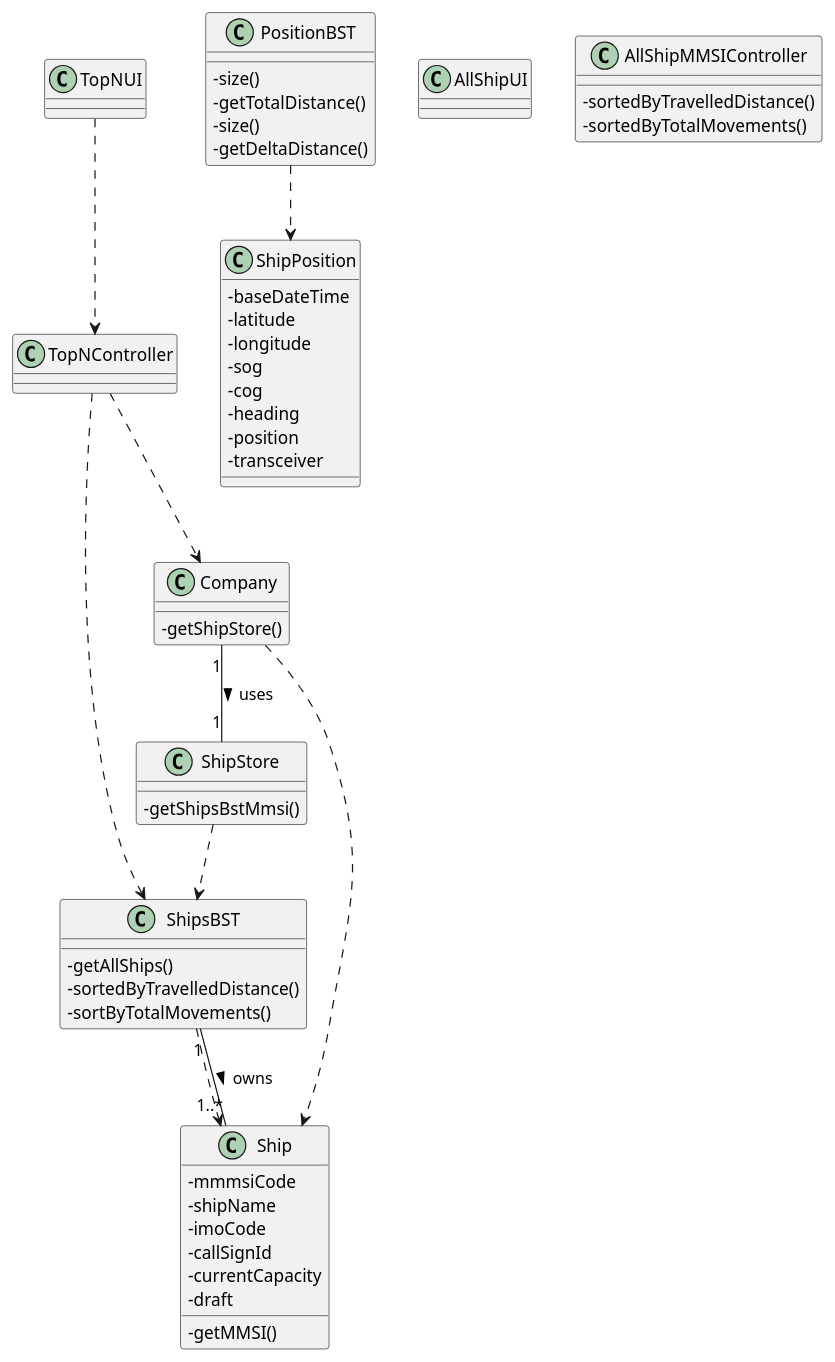
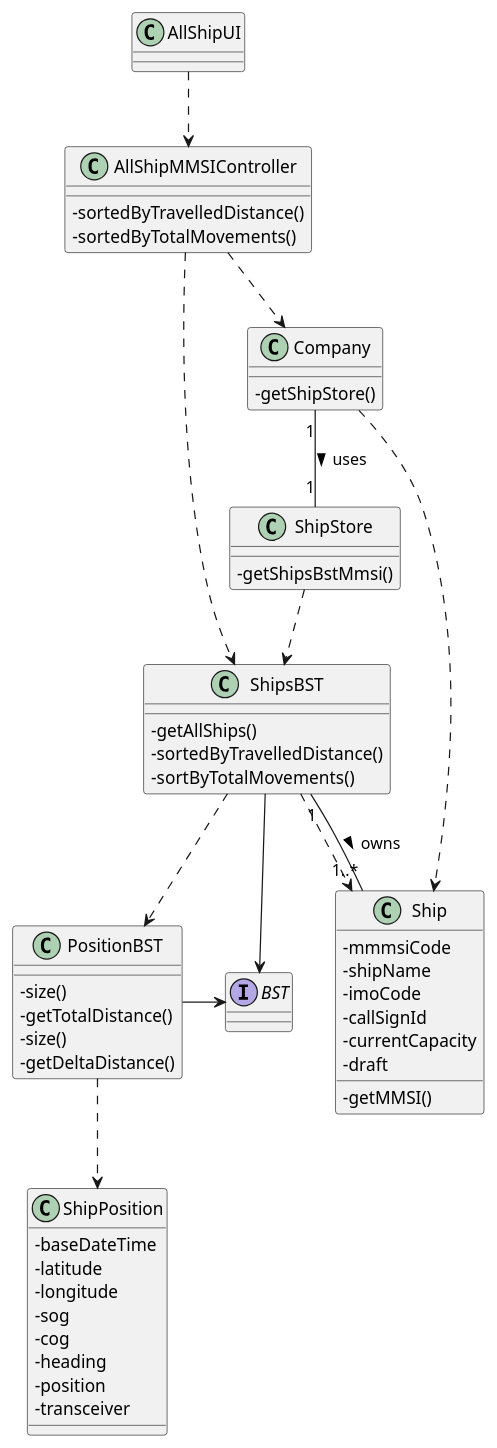
The diagram in docs/US105/US105_CD.puml (ana-albergaria/LAPR3-ISEP), drawn with PlantUML before and after one commit. The commit also changed 5 other files, not shown here.

```diff
--- a/docs/US105/US105_CD.puml
+++ b/docs/US105/US105_CD.puml
@@ -1,68 +1,73 @@
 @startuml
 
 skinparam classAttributeIconSize 0
 
 
 class Ship {
     -mmmsiCode
     -shipName
     -imoCode
     -callSignId
     -currentCapacity /'added by us'/
     -draft
 
     -getMMSI()
 }
 
 class ShipPosition {
     -baseDateTime
     -latitude
     -longitude
     -sog
     -cog
     -heading
     -position
     -transceiver
 }
 
 class ShipStore {
     -getShipsBstMmsi()
 }
 
 
 class AllShipUI {}
 
 class AllShipMMSIController {
     -sortedByTravelledDistance()
     -sortedByTotalMovements()
 }
 
 class ShipsBST{
     -getAllShips()
     -sortedByTravelledDistance()
     -sortByTotalMovements()
 }
 
 class PositionBST{
     -size()
     -getTotalDistance()
     -size()
     -getDeltaDistance()
 }
 class Company {
     -getShipStore()
 }
 
+interface BST{}
+
 
 Company "1" -- "1" ShipStore : uses >
 ShipStore ..> ShipsBST
 ShipsBST "1" -- "1..*" Ship : owns >
-TopNUI ..> TopNController
-TopNController ..> ShipsBST
-TopNController ..> Company
+AllShipUI ..> AllShipMMSIController
+AllShipMMSIController ..> ShipsBST
+AllShipMMSIController ..> Company
 ShipsBST ..> Ship
+ShipsBST -> BST
+ShipsBST ..> PositionBST
 PositionBST ..> ShipPosition
+PositionBST -> BST
 Company ..> Ship
 
 
 @enduml
```
